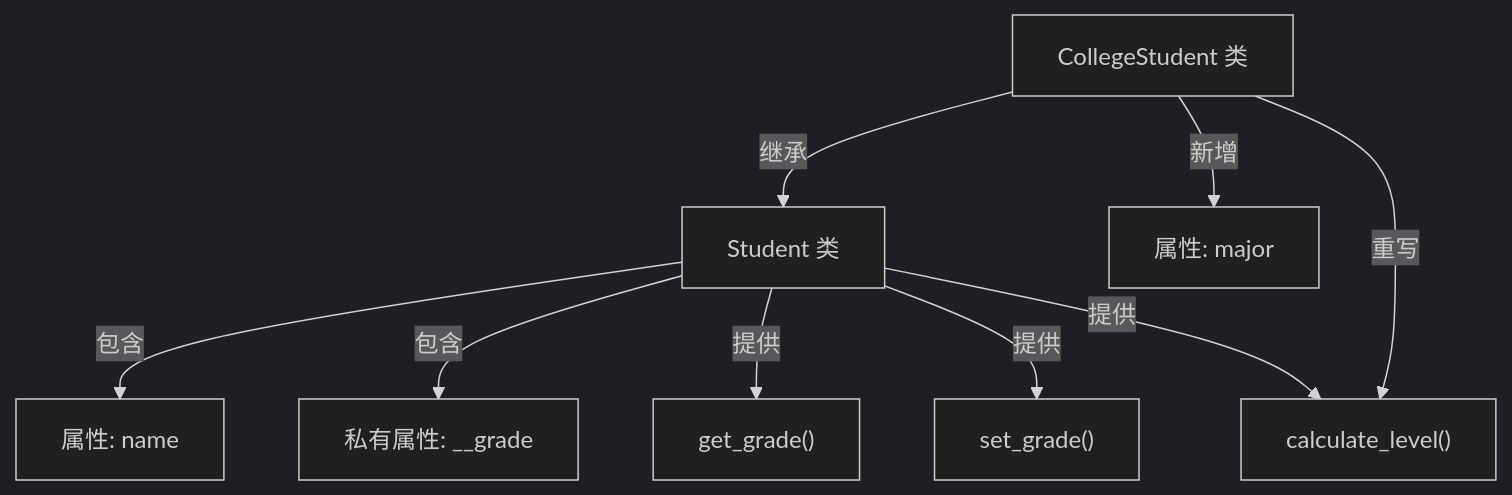
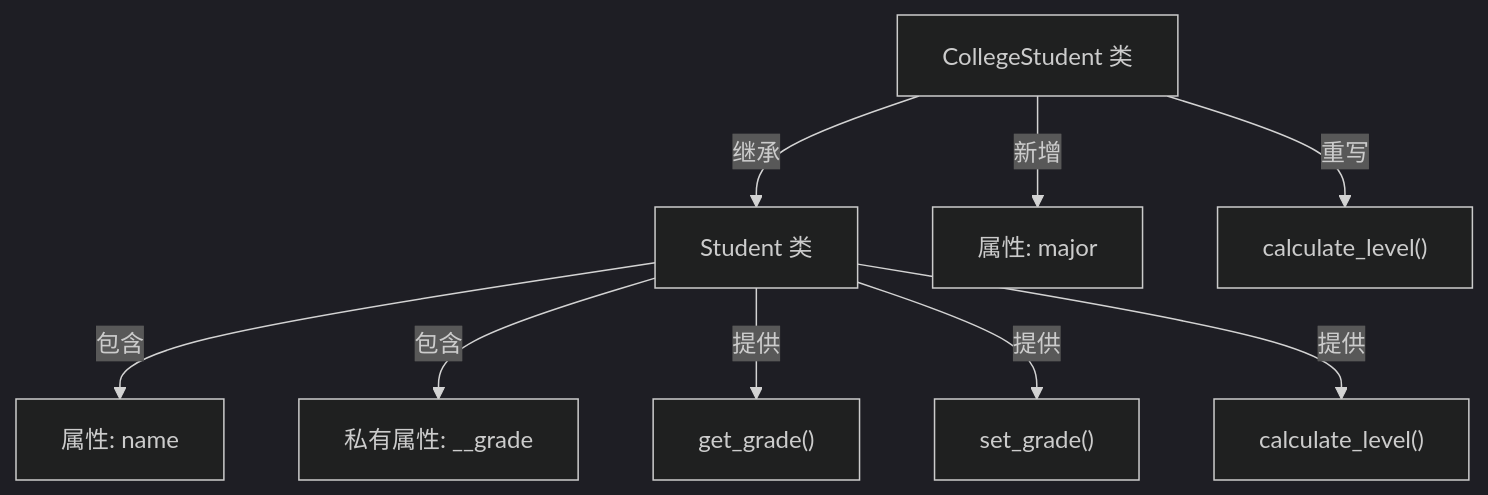
One commit to Tender-Liu/LinuxDevOps changed the fourth of 4 diagrams in Python面向对象/Day1-面向对象编程核心概念.md. Above: the diagram before and after it, drawn with Mermaid (dark theme). The commit also changed other lines of this file and 2 other files, not shown here.

````diff
--- a/Python面向对象/Day1-面向对象编程核心概念.md
+++ b/Python面向对象/Day1-面向对象编程核心概念.md
@@ -680,11 +1048,24 @@
    ```mermaid
-   graph TD
-        Student["Student 类"] -->|"包含"| Attr1["属性: name"]
-        Student -->|"包含"| Attr2["私有属性: __grade"]
-        Student -->|"提供"| Method1["get_grade()"]
-        Student -->|"提供"| Method2["set_grade()"]
-        Student -->|"提供"| Method3["calculate_level()"]
-        CollegeStudent["CollegeStudent 类"] -->|"继承"| Student
-        CollegeStudent -->|"新增"| Attr3["属性: major"]
-        CollegeStudent -->|"重写"| Method3["calculate_level()"]
+    graph TD
+        %% 类与多态关系
+        Student["Student 类"]
+        Attr1["属性: name"]
+        Attr2["私有属性: __grade"]
+        Method1["get_grade()"]
+        Method2["set_grade()"]
+        Method3["calculate_level()"]
+
+        CollegeStudent["CollegeStudent 类"]
+        Attr3["属性: major"]
+        Method3_Override["calculate_level()"]
+
+        Student -->|"包含"| Attr1
+        Student -->|"包含"| Attr2
+        Student -->|"提供"| Method1
+        Student -->|"提供"| Method2
+        Student -->|"提供"| Method3
+
+        CollegeStudent -->|"继承"| Student
+        CollegeStudent -->|"新增"| Attr3
+        CollegeStudent -->|"重写"| Method3_Override
    ```
````
